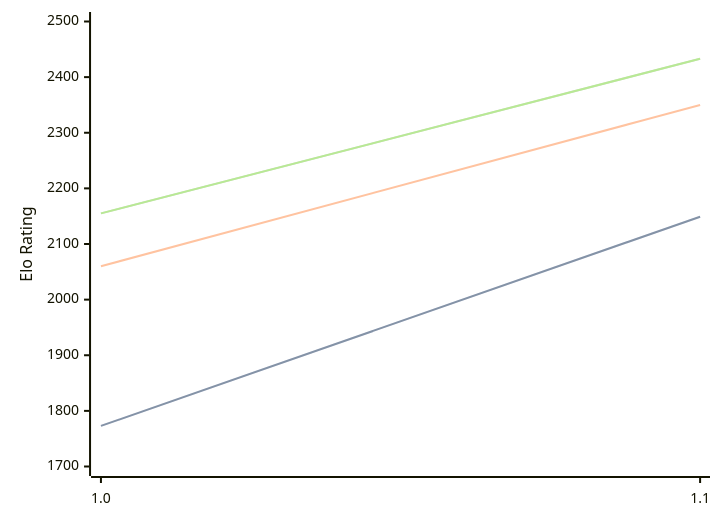
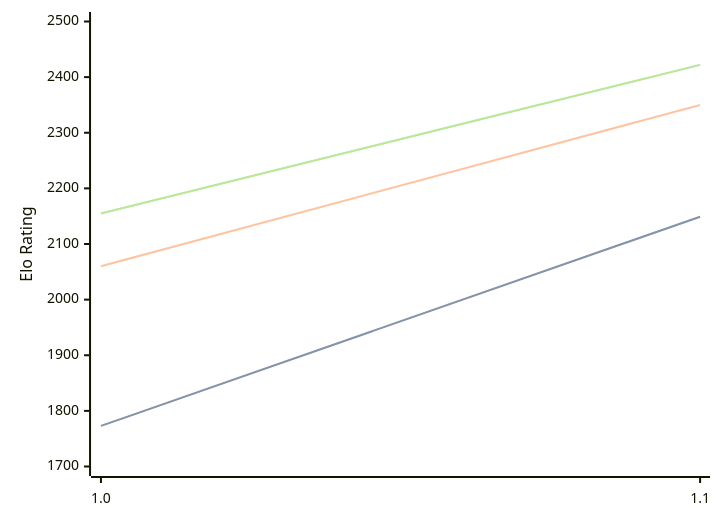
Before and after one commit to computer-chess-index/cci: the diagram in engines/Echekinator.md, drawn with Mermaid. The commit also changed other lines of this file, not shown here.

Commit message:
Update CCI Ratings (ELO VLTC) - 2026-10-03

````diff
--- a/engines/Echekinator.md
+++ b/engines/Echekinator.md
@@ -32,11 +32,11 @@
 ```mermaid
 %%{init: {"theme":"base","themeVariables":{"seriesColors:['#a3a3a3','#222221','#faa371']}}}%%
 xychart-beta
   x-axis ["1.0", "1.1"]
   y-axis "Elo Rating" 1700 --> 2500
   line "" [1773, 2149]
   line "STC (8.0+0.08s)" [1773, 2149]
   line "LTC (60.0+0.60s)" [2060, 2350]
-  line "" [2155, 2433]
-  line "VLTC (2m24s+1.12s)" [2155, 2433]
+  line "" [2155, 2422]
+  line "VLTC (2m24s+1.12s)" [2155, 2422]
 ```
````
